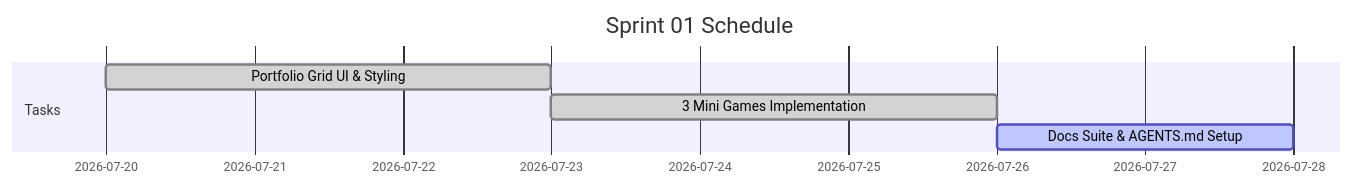
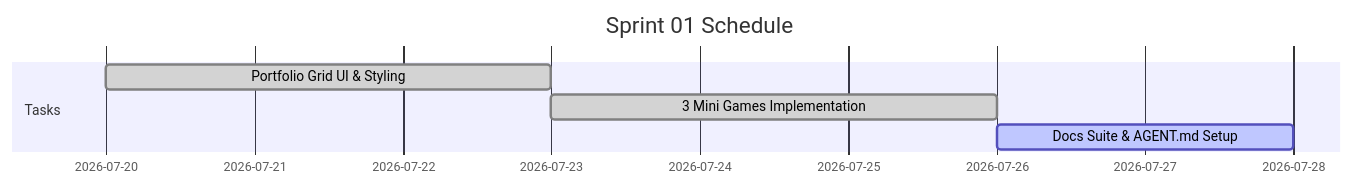
The diagram in docs/agile/sprint-backlogs/sprint-01.md (nopponaim603/webJS), drawn with Mermaid before and after one commit. The commit also changed other lines of this file and 69 other files, not shown here.

Commit message:
feat: implement multi-engine game architecture with Phaser and Babylon adapters, adding example games and supporting documentation.

````diff
--- a/docs/agile/sprint-backlogs/sprint-01.md
+++ b/docs/agile/sprint-backlogs/sprint-01.md
@@ -10,9 +10,9 @@
 ```mermaid
 gantt
     title Sprint 01 Schedule
     dateFormat  YYYY-MM-DD
     section Tasks
     Portfolio Grid UI & Styling  :done, 2026-07-20, 3d
     3 Mini Games Implementation  :done, 2026-07-23, 3d
-    Docs Suite & AGENTS.md Setup :active, 2026-07-26, 2d
+    Docs Suite & AGENT.md Setup :active, 2026-07-26, 2d
 ```
````
